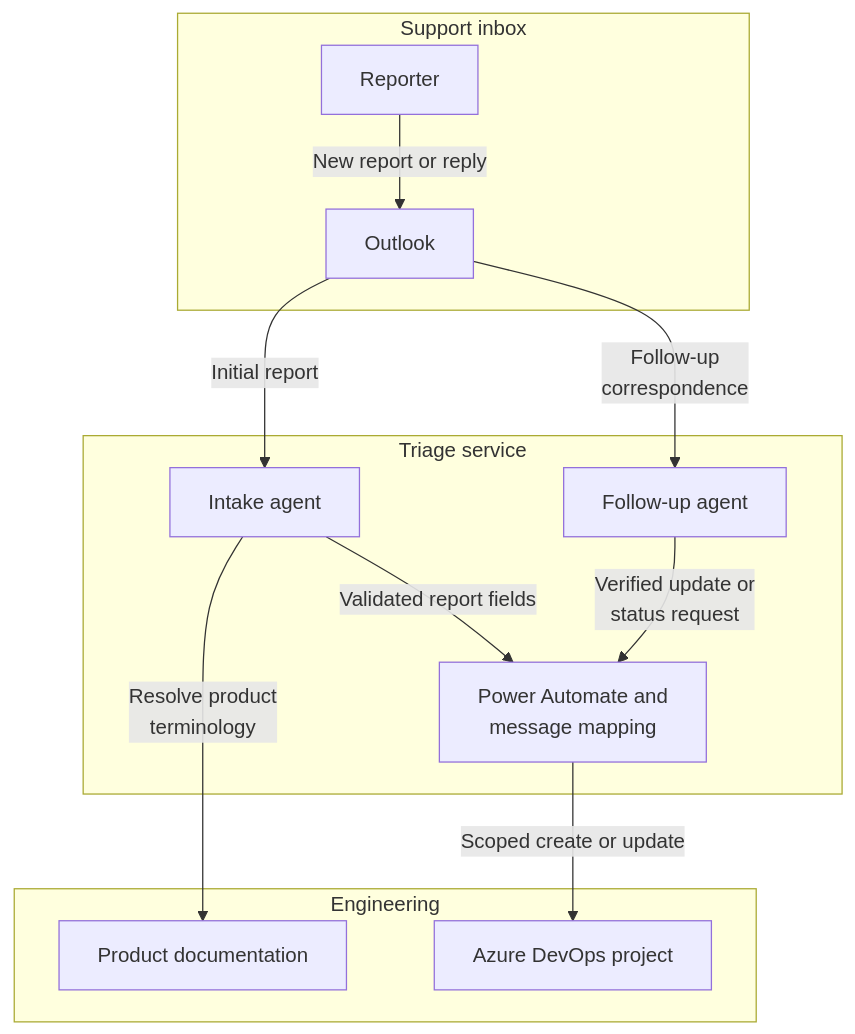
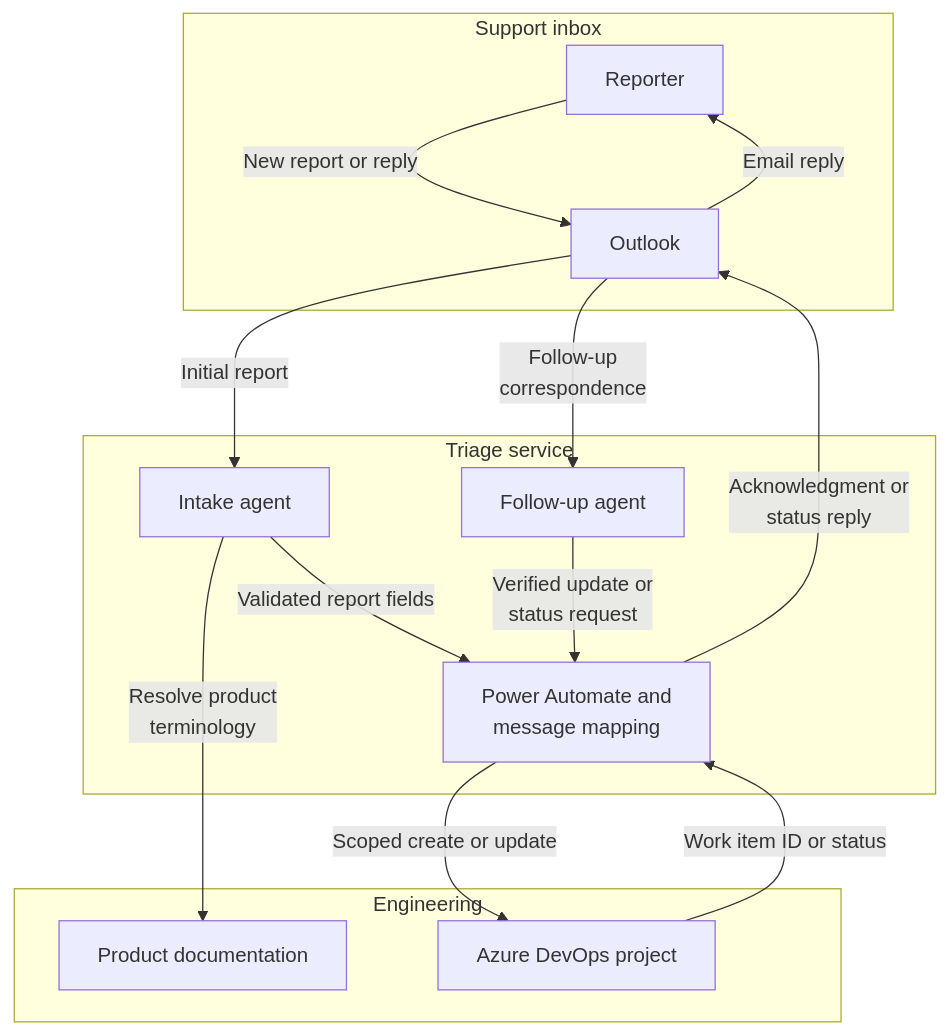
Before and after one commit to abhishek-ai-enabler/copilotstudio-architecture-patterns: the first of 2 diagrams in solution-ideas/bug-intake.md, drawn with Mermaid. The commit also changed other lines of this file and 41 other files, not shown here.

First line of the commit message:
Review diagrams: add return paths and fix flow accuracy

````diff
--- a/solution-ideas/bug-intake.md
+++ b/solution-ideas/bug-intake.md
@@ -7,25 +7,28 @@
 ```mermaid
 flowchart TB
     accTitle: Separate bug intake from follow-up correspondence - architecture
     accDescr: A tracking number correlates a reply; it does not authorize access. Keep reporter-supplied observations separate from facts the agent still needs to confirm.
     subgraph group0["Support inbox"]
         U["Reporter"]
         O["Outlook"]
     end
     subgraph group2["Triage service"]
         A["Intake agent"]
         B["Follow-up agent"]
         F["Power Automate and<br/>message mapping"]
     end
     subgraph group5["Engineering"]
         D["Azure DevOps project"]
         K["Product documentation"]
     end
     U -->|"New report or reply"| O
     O -->|"Initial report"| A
     O -->|"Follow-up<br/>correspondence"| B
     A -->|"Resolve product<br/>terminology"| K
     A -->|"Validated report fields"| F
     B -->|"Verified update or<br/>status request"| F
     F -->|"Scoped create or update"| D
+    D -->|"Work item ID or status"| F
+    F -->|"Acknowledgment or<br/>status reply"| O
+    O -->|"Email reply"| U
 ```
````
